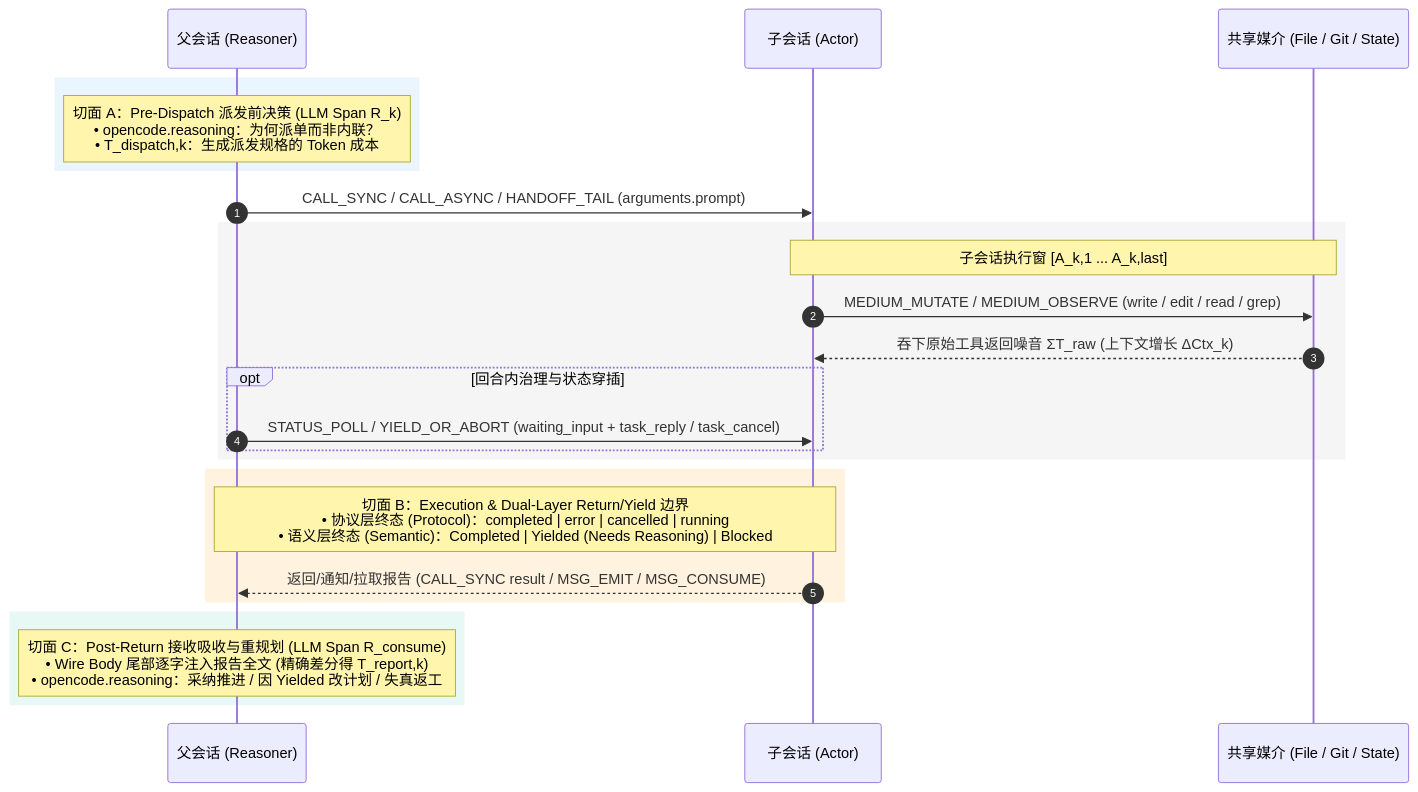
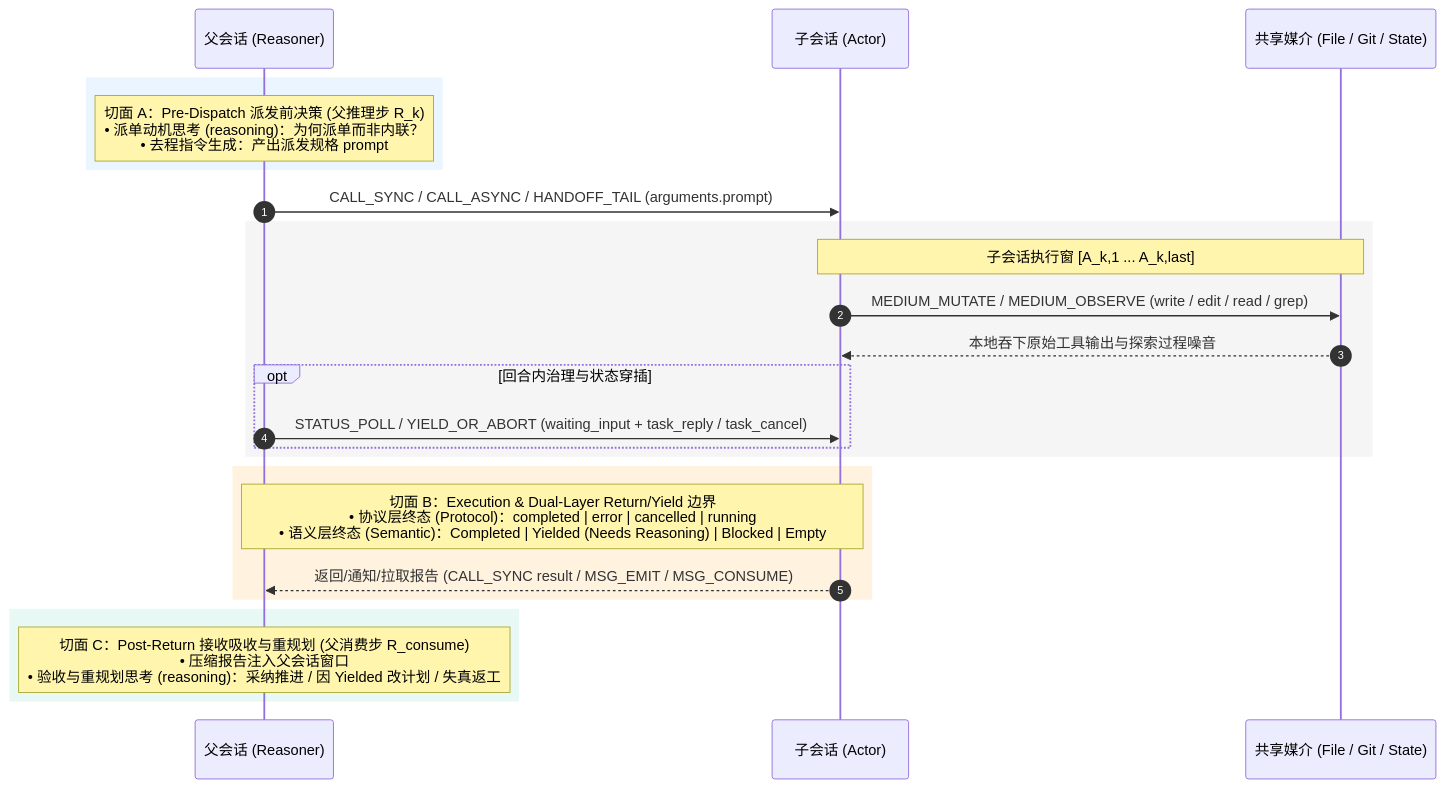
Before and after one commit to YMoose/react-agent: the diagram in reports/react-mode-eval.md, drawn with Mermaid. The commit also changed other lines of this file and 2 other files, not shown here.

````diff
--- a/reports/react-mode-eval.md
+++ b/reports/react-mode-eval.md
@@ -103,31 +34,31 @@
 ```mermaid
 sequenceDiagram
     autonumber
     participant R as 父会话 (Reasoner)
     participant A as 子会话 (Actor)
     participant M as 共享媒介 (File / Git / State)
 
     rect rgb(235, 245, 255)
-    Note over R: 切面 A：Pre-Dispatch 派发前决策 (LLM Span R_k)<br/>• opencode.reasoning：为何派单而非内联？<br/>• T_dispatch,k：生成派发规格的 Token 成本
+    Note over R: 切面 A：Pre-Dispatch 派发前决策 (父推理步 R_k)<br/>• 派单动机思考 (reasoning)：为何派单而非内联？<br/>• 去程指令生成：产出派发规格 prompt
     end
 
     R->>A: CALL_SYNC / CALL_ASYNC / HANDOFF_TAIL (arguments.prompt)
 
     rect rgb(245, 245, 245)
     Note over A,M: 子会话执行窗 [A_k,1 ... A_k,last]
     A->>M: MEDIUM_MUTATE / MEDIUM_OBSERVE (write / edit / read / grep)
-    M-->>A: 吞下原始工具返回噪音 ΣT_raw (上下文增长 ΔCtx_k)
+    M-->>A: 本地吞下原始工具输出与探索过程噪音
     opt 回合内治理与状态穿插
         R->>A: STATUS_POLL / YIELD_OR_ABORT (waiting_input + task_reply / task_cancel)
     end
     end
 
     rect rgb(255, 243, 224)
-    Note over R,A: 切面 B：Execution & Dual-Layer Return/Yield 边界<br/>• 协议层终态 (Protocol)：completed | error | cancelled | running<br/>• 语义层终态 (Semantic)：Completed | Yielded (Needs Reasoning) | Blocked
+    Note over R,A: 切面 B：Execution & Dual-Layer Return/Yield 边界<br/>• 协议层终态 (Protocol)：completed | error | cancelled | running<br/>• 语义层终态 (Semantic)：Completed | Yielded (Needs Reasoning) | Blocked | Empty
     A-->>R: 返回/通知/拉取报告 (CALL_SYNC result / MSG_EMIT / MSG_CONSUME)
     end
 
     rect rgb(232, 248, 245)
-    Note over R: 切面 C：Post-Return 接收吸收与重规划 (LLM Span R_consume)<br/>• Wire Body 尾部逐字注入报告全文 (精确差分得 T_report,k)<br/>• opencode.reasoning：采纳推进 / 因 Yielded 改计划 / 失真返工
+    Note over R: 切面 C：Post-Return 接收吸收与重规划 (父消费步 R_consume)<br/>• 压缩报告注入父会话窗口<br/>• 验收与重规划思考 (reasoning)：采纳推进 / 因 Yielded 改计划 / 失真返工
     end
 ```
````
